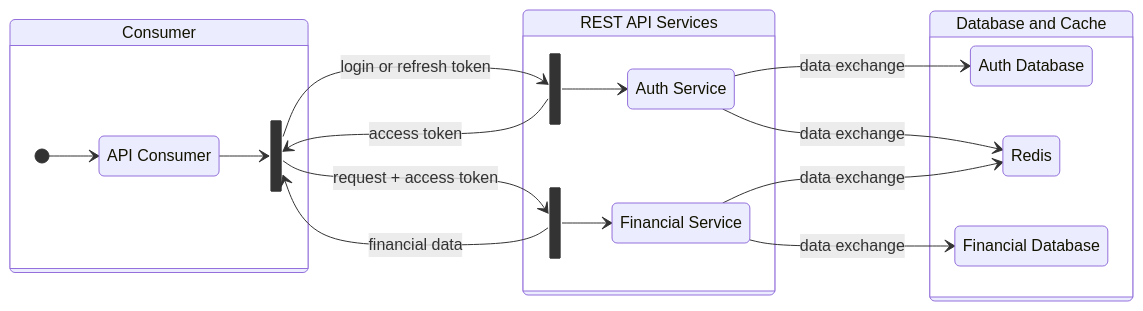
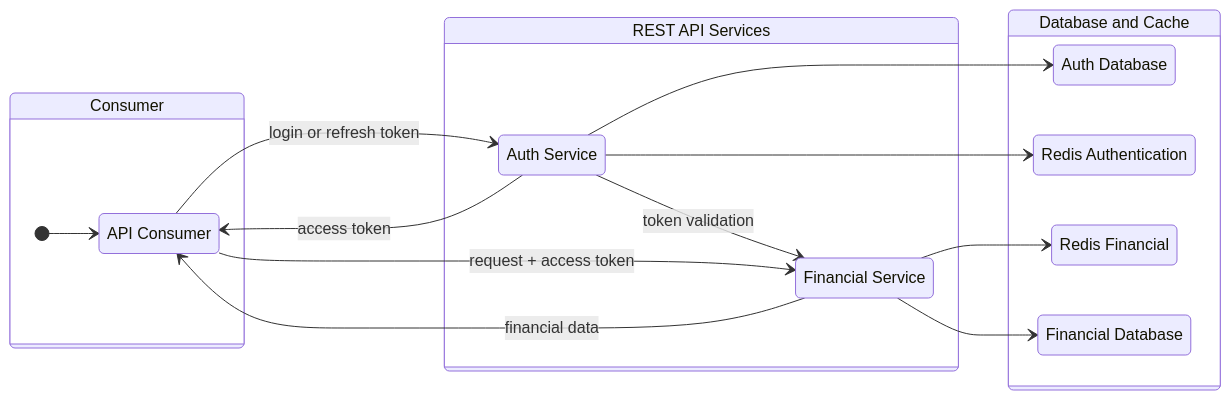
One commit to shimisnow/poc-nestjs changed the first of 2 diagrams in README.md. Above: the diagram before and after it, drawn with Mermaid. The commit also changed other lines of this file, not shown here.

Commit message:
docs: change readme diagrams

````diff
--- a/README.md
+++ b/README.md
@@ -40,36 +40,32 @@
 ```mermaid
 stateDiagram-v2
 direction LR
 
 state "Consumer" as consumer {
     [*] --> api_consumer
     state "API Consumer" as api_consumer
-    state api_gateway <<fork>>
-    api_consumer --> api_gateway
 }
 
 state "REST API Services" as service {
-    state auth_api <<fork>>
     state "Auth Service" as auth
-    auth_api --> auth
-    state financial_api <<fork>>
     state "Financial Service" as financial
-    financial_api --> financial
+    auth --> financial: token validation
 }
 
 state "Database and Cache" as storage {
     state "Auth Database" as auth_db
-    state "Redis" as redis
+    state "Redis Authentication" as redis_auth
+    state "Redis Financial" as redis_financial
     state "Financial Database" as financial_db
 }
 
-api_gateway --> auth_api: login or refresh token
-auth_api --> api_gateway: access token
-api_gateway --> financial_api: request + access token
-financial_api --> api_gateway: financial data
+api_consumer --> auth: login or refresh token
+auth --> api_consumer: access token
+api_consumer --> financial: request + access token
+financial --> api_consumer: financial data
 
-auth --> auth_db: data exchange
-auth --> redis: data exchange
-financial --> redis: data exchange
-financial --> financial_db: data exchange
+auth --> auth_db
+auth --> redis_auth
+financial --> redis_financial
+financial --> financial_db
 ```
````
